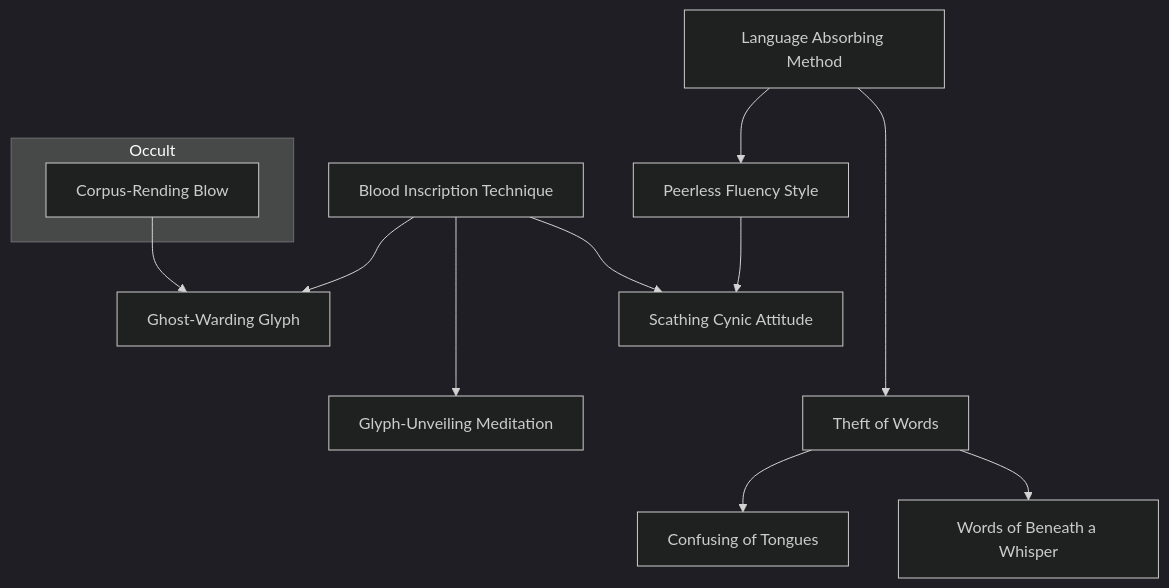
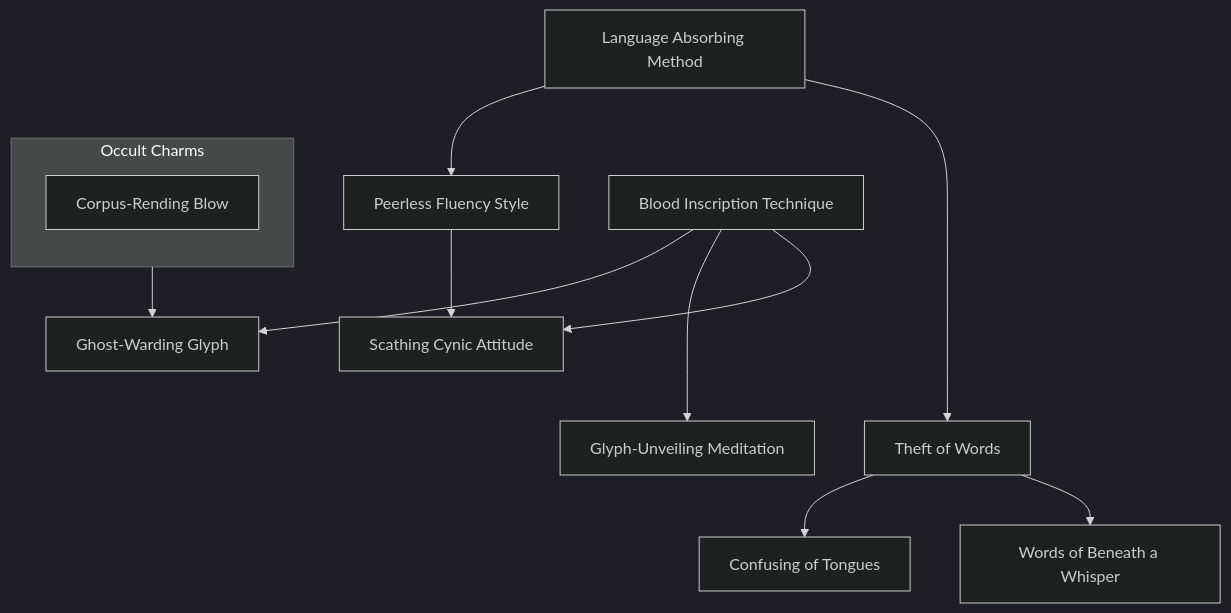
Before and after one commit to jrobichaud/exalted-charms-1e: the diagram in docs/mermaid/abyssal/moonshadow_linguistics_1.mmd, drawn with Mermaid. The commit also changed 162 other files, not shown here.

```diff
--- a/docs/mermaid/abyssal/moonshadow_linguistics_1.mmd
+++ b/docs/mermaid/abyssal/moonshadow_linguistics_1.mmd
@@ -181,7 +181,8 @@
         very fine stylus or brush.
         "
 
-    subgraph Occult
+    subgraph occult[Occult Charms]
+        direction TB
         corpus_rending_blow[Corpus-Rending Blow]
     end
 
```
